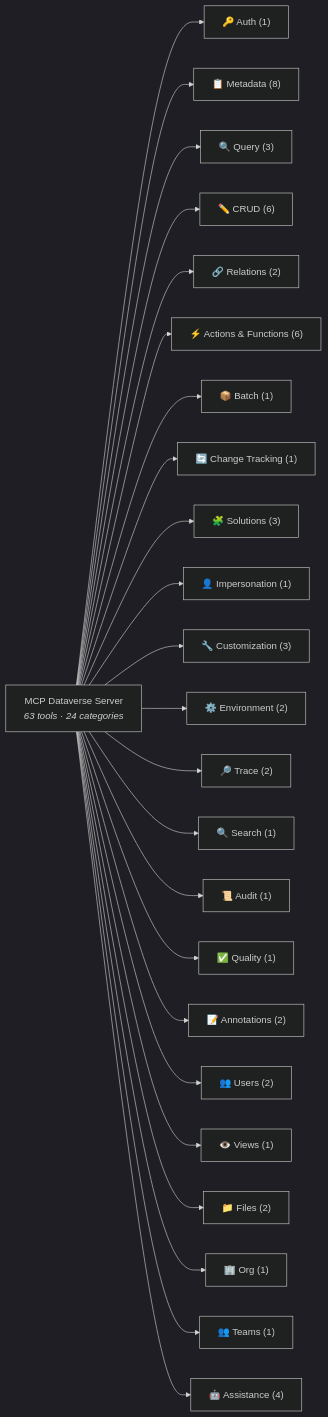
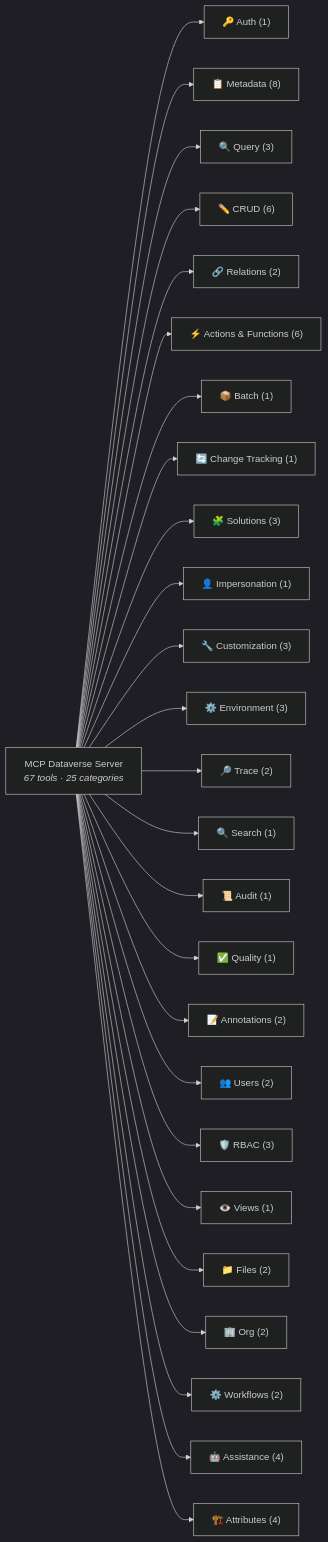
Before and after one commit to codeurali/mcp-dataverse: the diagram in CAPABILITIES.md, drawn with Mermaid (dark theme). The commit also changed other lines of this file and 10 other files, not shown here.

````diff
--- a/CAPABILITIES.md
+++ b/CAPABILITIES.md
@@ -92,28 +96,30 @@
 ```mermaid
 graph LR
-    MCP["MCP Dataverse Server<br/><i>63 tools · 24 categories</i>"]
+    MCP["MCP Dataverse Server<br/><i>67 tools · 25 categories</i>"]
 
     MCP --> AUTH["🔑 Auth (1)"]
     MCP --> META["📋 Metadata (8)"]
     MCP --> QUERY["🔍 Query (3)"]
     MCP --> CRUD["✏️ CRUD (6)"]
     MCP --> REL["🔗 Relations (2)"]
     MCP --> ACT["⚡ Actions & Functions (6)"]
     MCP --> BATCH["📦 Batch (1)"]
     MCP --> TRACK["🔄 Change Tracking (1)"]
     MCP --> SOL["🧩 Solutions (3)"]
     MCP --> IMP["👤 Impersonation (1)"]
     MCP --> CUST["🔧 Customization (3)"]
-    MCP --> ENV["⚙️ Environment (2)"]
+    MCP --> ENV["⚙️ Environment (3)"]
     MCP --> TRACE["🔎 Trace (2)"]
     MCP --> SRCH["🔍 Search (1)"]
     MCP --> AUDIT["📜 Audit (1)"]
     MCP --> QUAL["✅ Quality (1)"]
     MCP --> NOTE["📝 Annotations (2)"]
     MCP --> USR["👥 Users (2)"]
+    MCP --> RBAC["🛡️ RBAC (3)"]
     MCP --> VIEWS["👁️ Views (1)"]
     MCP --> FILES["📁 Files (2)"]
-    MCP --> ORG["🏢 Org (1)"]
-    MCP --> TEAMS["👥 Teams (1)"]
+    MCP --> ORG["🏢 Org (2)"]
+    MCP --> WF["⚙️ Workflows (2)"]
     MCP --> ASSIST["🤖 Assistance (4)"]
+    MCP --> ATTR["🏗️ Attributes (4)"]
 ```
````
